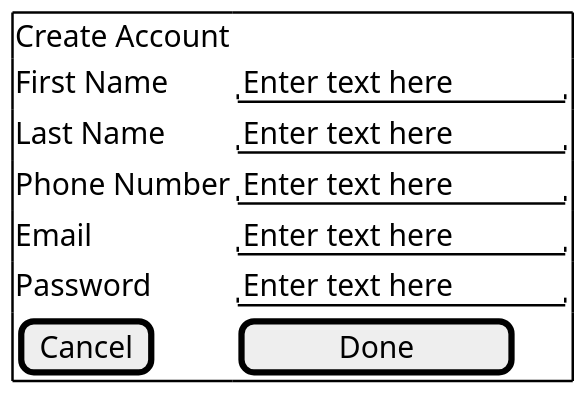
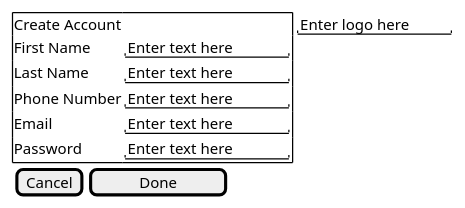
The diagram in Docs/3. Design/AF Diagrams/AF View Diagrams/AF GUI Diagrams/ProfileFormView.puml (J-M-Bell/ArcherFinancial), drawn with PlantUML before and after one commit. The commit also changed 3 other files, not shown here.

Commit message:
updated view diagrams

```diff
--- a/Docs/3. Design/AF Diagrams/AF View Diagrams/AF GUI Diagrams/ProfileFormView.puml
+++ b/Docs/3. Design/AF Diagrams/AF View Diagrams/AF GUI Diagrams/ProfileFormView.puml
@@ -1,12 +1,19 @@
 @startsalt
-scale 2
+
+{
 {^
 Create Account
 First Name | "Enter text here "
 Last Name | "Enter text here "
 Phone Number | "Enter text here "
 Email | "Enter text here "
 Password | "Enter text here "
+} |
+{
+"Enter logo here"
+}
+{
 [Cancel]|[    Done     ]
 }
+}
 @endsalt
```
